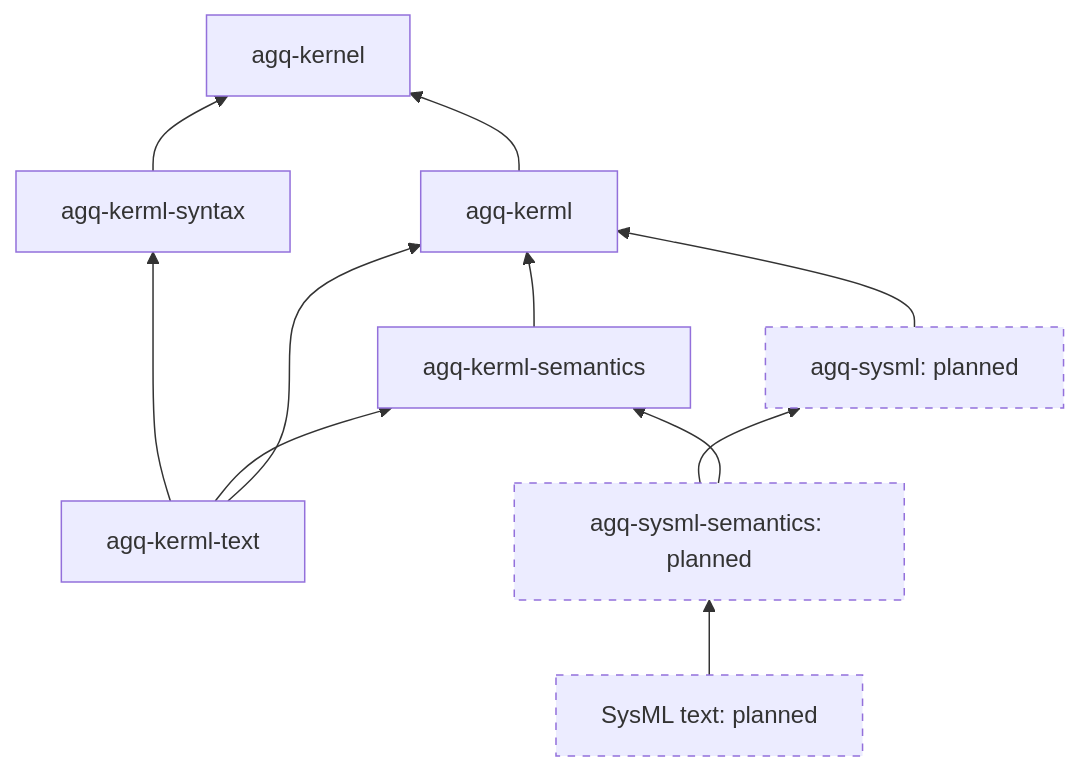
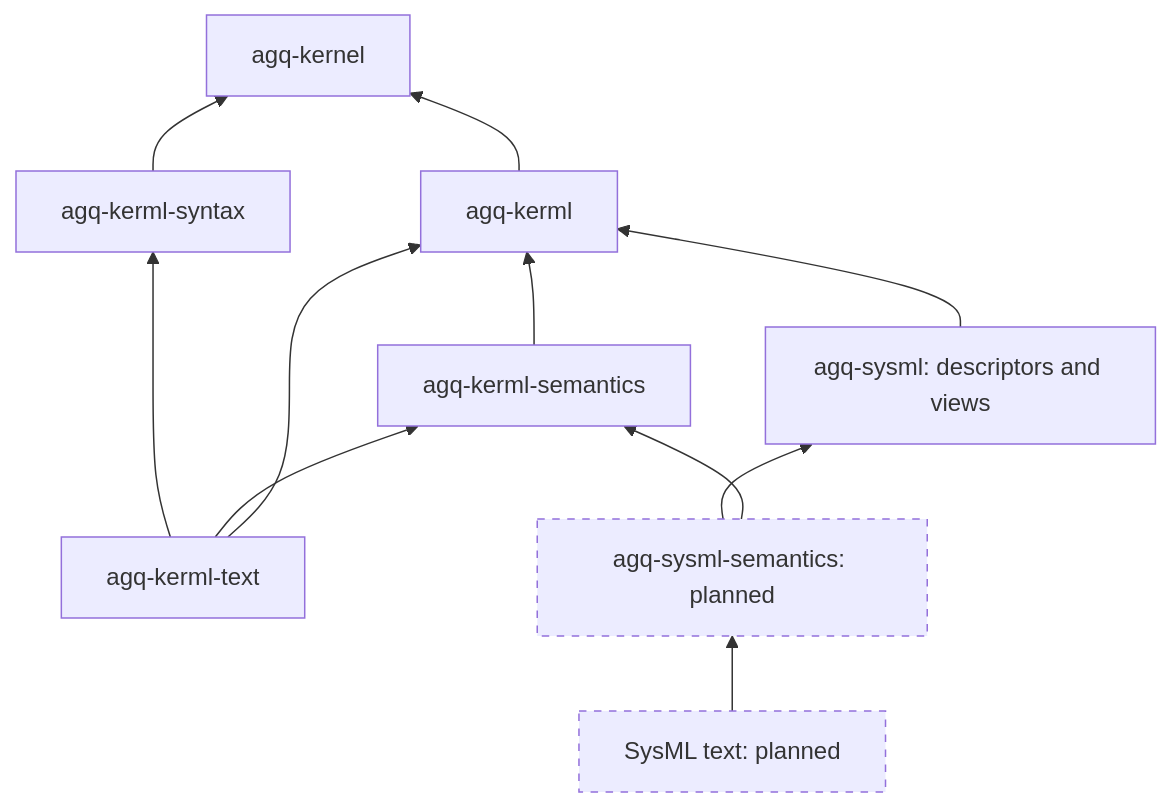
One commit to agentique-systems/agentique changed the first of 2 diagrams in docs/architecture.md. Above: the diagram before and after it, drawn with Mermaid. The commit also changed other lines of this file and 10 other files, not shown here.

Commit message:
Document publication convergence architecture and retain concise monitored evidence

````diff
--- a/docs/architecture.md
+++ b/docs/architecture.md
@@ -76,15 +79,15 @@
 ```mermaid
 flowchart BT
   kerml[agq-kerml] --> kernel[agq-kernel]
   semantics[agq-kerml-semantics] --> kerml
   text[agq-kerml-text] --> syntax[agq-kerml-syntax]
   text --> semantics
   text --> kerml
   syntax --> kernel
-  sysml[agq-sysml: planned] --> kerml
+  sysml[agq-sysml: descriptors and views] --> kerml
   sysmlsem[agq-sysml-semantics: planned] --> sysml
   sysmlsem --> semantics
   sysmltext[SysML text: planned] --> sysmlsem
   classDef planned stroke-dasharray: 5 5
-  class sysml,sysmlsem,sysmltext planned
+  class sysmlsem,sysmltext planned
 ```
````
